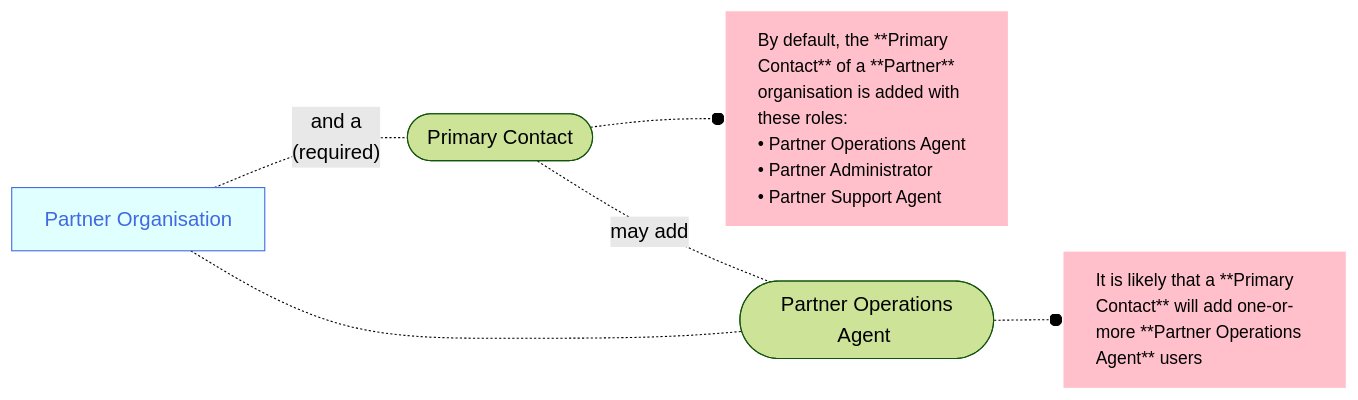
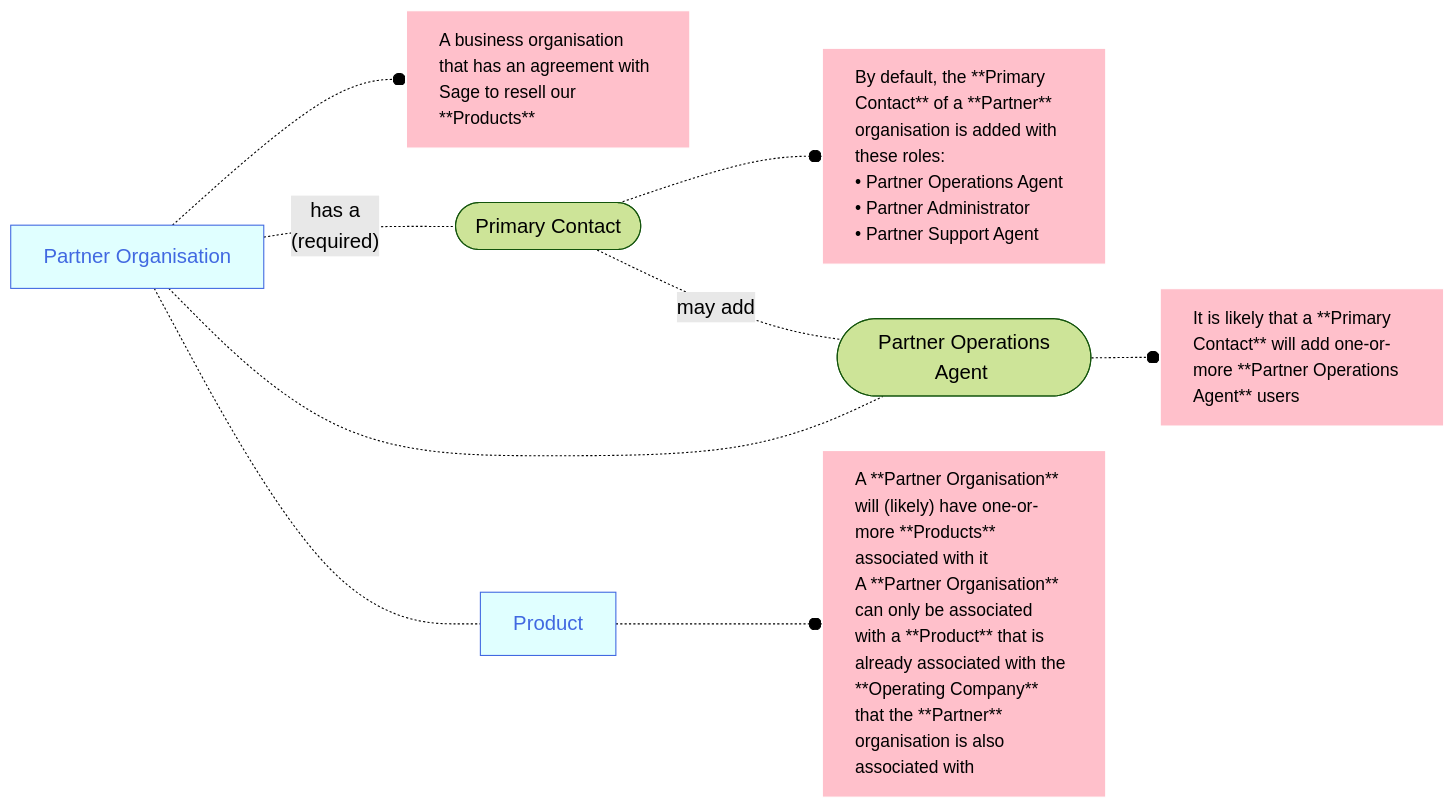
One commit to joe-dorward/samples changed the diagram in 2025_Sage/11_What is a Partner organisation.mdx. Above: the diagram before and after it, drawn with Mermaid. The commit also changed other lines of this file, not shown here.

Commit message:
Update 11_What is a Partner organisation.mdx

````diff
--- a/2025_Sage/11_What is a Partner organisation.mdx
+++ b/2025_Sage/11_What is a Partner organisation.mdx
@@ -1,35 +3,40 @@
 ```mermaid
 %%{
   init: {
     'theme': 'forest',
     'themeVariables': {
       'fontSize':'14pt'
     }
   }
 }%%
 flowchart LR
   classDef Sage fill:seagreen, color:honeydew;
   classDef Noun fill:lightcyan, stroke:royalblue, color:royalblue;
   classDef Note fill:pink, stroke:white, text-align:left, font-size: 95%;
 
-  PARTNER_ORGANISATION_01[Partner Organisation]-.and a<br/>(required).-
+  PARTNER_ORGANISATION_01[&nbsp;Partner Organisation&nbsp;]-.-o
+  PARTNER_ORGANISATION_01_NOTE[A business organisation that has an agreement with Sage to resell our **Products**]
+
+  PARTNER_ORGANISATION_01[Partner Organisation]-.has a<br/>(required).-
   PRIMARY_CONTACT_01([&nbsp;Primary Contact&nbsp;])-.-o
   PRIMARY_CONTACT_01_NOTE[By default, the **Primary Contact** of a **Partner** organisation is added with these roles:<br/>&bull; Partner Operations Agent<br/>&bull; Partner Administrator<br/>&bull; Partner Support Agent]
 
   PRIMARY_CONTACT_01-.may add.-
   PARTNER_OPERATIONS_AGENT_01([&nbsp;Partner Operations Agent&nbsp;])-.-o
   PARTNER_OPERATIONS_AGENT_01_NOTE[It is likely that a **Primary Contact** will add one-or-more **Partner Operations Agent** users]
 
   PARTNER_ORGANISATION_01-.-
   PARTNER_OPERATIONS_AGENT_01
 
-  %%PARTNER_OPERATIONS_AGENT_01([&nbsp;Partner Operations Agent&nbsp;])-.-o
-  %%PARTNER_OPERATIONS_AGENT_01_NOTE[It is likely that a **Sage Operations Agent** will add one-or-more **Partner Operations Agent** users]
+  PARTNER_ORGANISATION_01-.-
+  PRODUCT_01["Product"]-.-o
+  PRODUCT_01_NOTE["A **Partner Organisation** will (likely) have one-or-more **Products** associated with it<br/>A **Partner Organisation** can only be associated with a **Product** that is already associated with the **Operating Company** that the **Partner** organisation is also associated with"]
 
-  class SAGE_OPERATING_COMPANY_01 Sage
-  class PARTNER_ORGANISATION_01,PRODUCT_01,PRODUCT_02 Noun
-  class SAGE_OPERATING_COMPANY_01_Note,SAGE_OPCO_OWNER_01_NOTE,SAGE_OPERATIONS_AGENT_01_NOTE,PARTNER_ORGANISATION_01_NOTE Note
+  %% ---------- ---------- ---------- ---------- ---------- ---------- ---------- ---------- ---------- ----------
+  class PARTNER_ORGANISATION_01,PRODUCT_01 Noun
 
-  class PRIMARY_CONTACT_01_NOTE Note
-  class PARTNER_OPERATIONS_AGENT_01_NOTE,PARTNER_OPERATIONS_AGENT_01_NOTE Note
+  class PARTNER_ORGANISATION_01_NOTE,PRIMARY_CONTACT_01_NOTE Note
+
+  class PARTNER_OPERATIONS_AGENT_01_NOTE,PRODUCT_01_NOTE Note
+  
 ```
````
